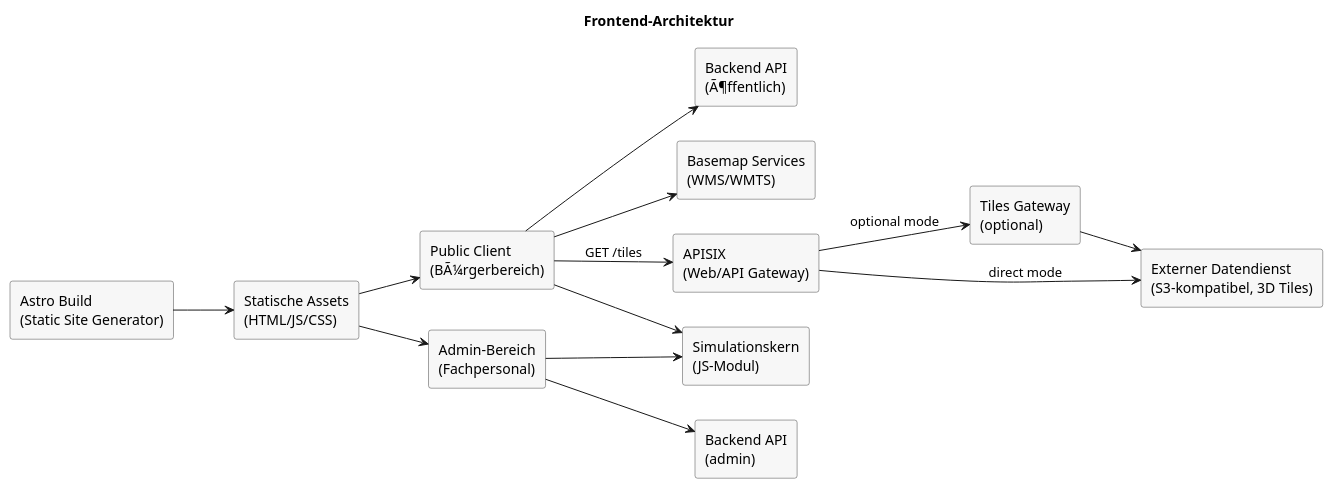
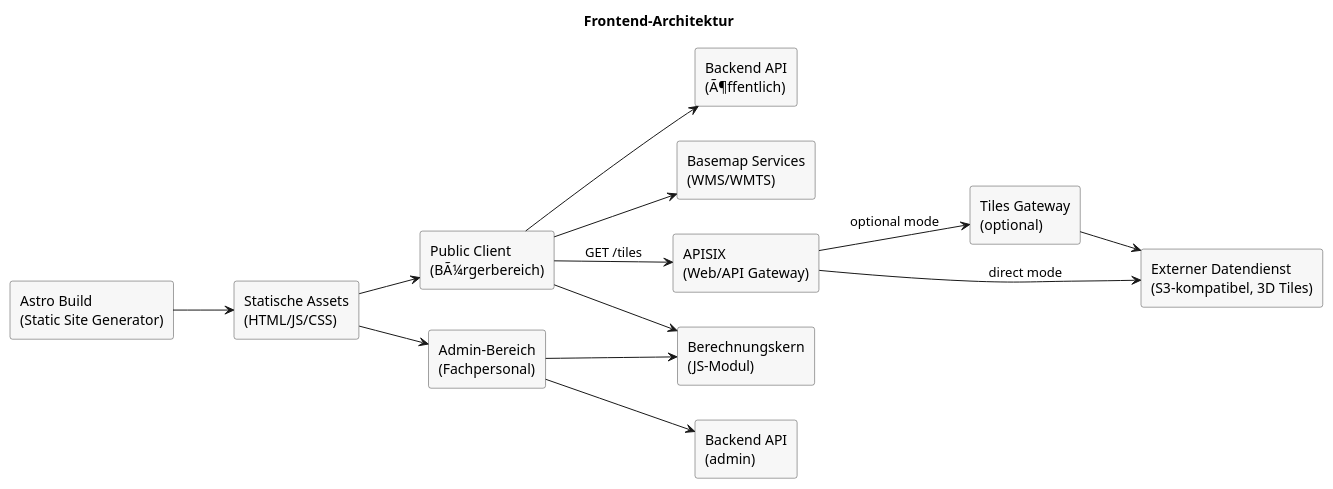
One commit to csi-FOXBYTE/Regensburg_DigitalerEnergieZwilling_Backend changed the diagram in docs/architecture/raw/frontend-architecture.puml. Above: the diagram before and after it, drawn with PlantUML. The commit also changed other lines of this file and 36 other files, not shown here.

```diff
--- a/docs/architecture/raw/frontend-architecture.puml
+++ b/docs/architecture/raw/frontend-architecture.puml
@@ -1,35 +1,35 @@
 @startuml
 left to right direction
 skinparam rectangle {
   BackgroundColor #F7F7F7
   BorderColor #444444
 }
 
 title Frontend-Architektur
 
 rectangle "Astro Build\n(Static Site Generator)" as astro
 rectangle "Statische Assets\n(HTML/JS/CSS)" as assets
 rectangle "APISIX\n(Web/API Gateway)" as apisix
 rectangle "Public Client\n(BÃ¼rgerbereich)" as public_client
 rectangle "Admin-Bereich\n(Fachpersonal)" as admin_client
-rectangle "Simulationskern\n(JS-Modul)" as core
+rectangle "Berechnungskern\n(JS-Modul)" as core
 rectangle "Tiles Gateway\n(optional)" as tiles
 rectangle "Externer Datendienst\n(S3-kompatibel, 3D Tiles)" as s3
 rectangle "Backend API\n(Ã¶ffentlich)" as api_public
 rectangle "Backend API\n(admin)" as api_admin
 rectangle "Basemap Services\n(WMS/WMTS)" as basemap
 
 astro --> assets
 assets --> public_client
 assets --> admin_client
 public_client --> core
 admin_client --> core
 public_client --> apisix : GET /tiles
 apisix --> s3 : direct mode
 apisix --> tiles : optional mode
 tiles --> s3
 public_client --> api_public
 admin_client --> api_admin
 public_client --> basemap
 
 @enduml
```
